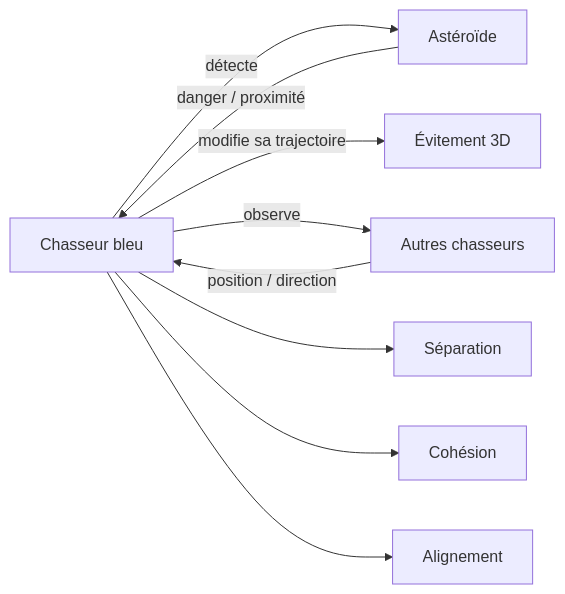
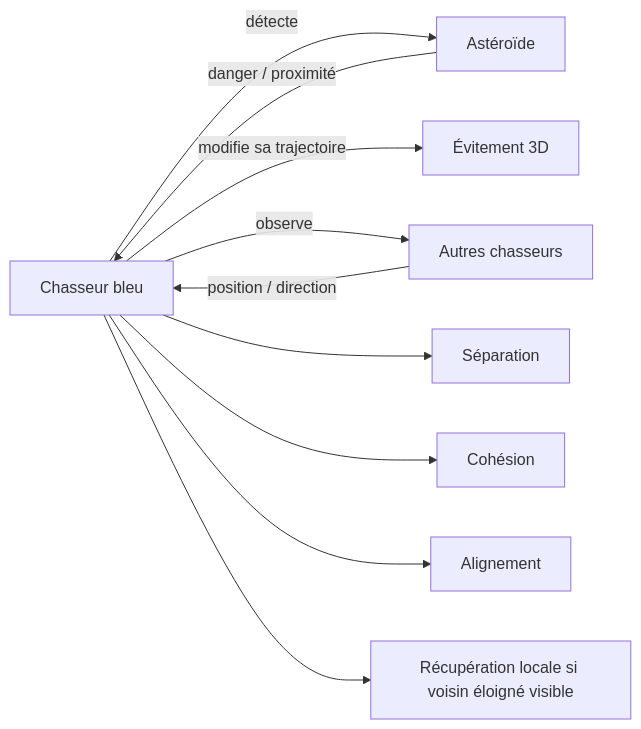
The second of 5 diagrams in RAPPORT.md (Hoarau-arnaud/Godot_M2_ILIADE), drawn with Mermaid before and after one commit. The commit also changed other lines of this file and 8 other files, not shown here.

````diff
--- a/RAPPORT.md
+++ b/RAPPORT.md
@@ -116,13 +149,14 @@
 ```mermaid
 flowchart LR
     A[Chasseur bleu] -->|détecte| B[Astéroïde]
     B -->|danger / proximité| A
     A -->|modifie sa trajectoire| C[Évitement 3D]
 
     A -->|observe| D[Autres chasseurs]
     D -->|position / direction| A
 
     A --> E[Séparation]
     A --> F[Cohésion]
     A --> G[Alignement]
+    A --> H[Récupération locale si voisin éloigné visible]
 ```
````
